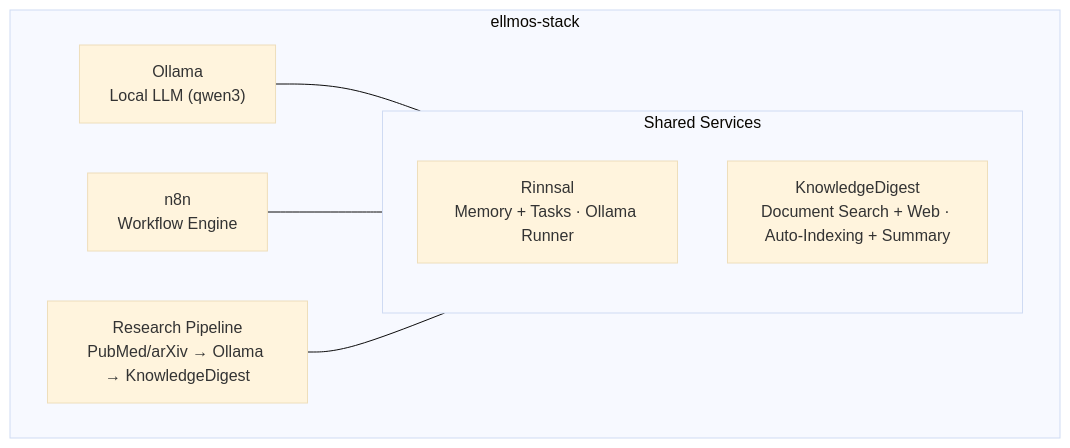
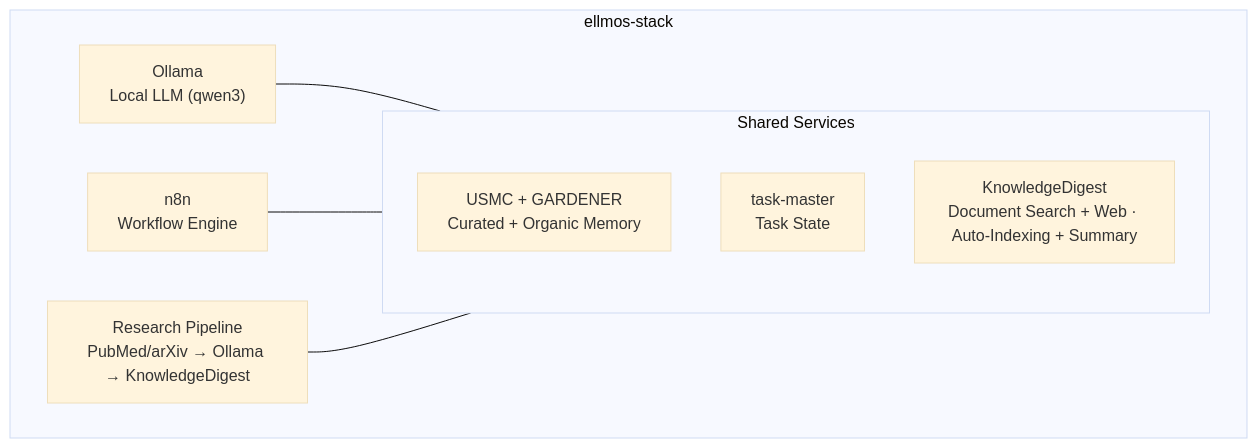
One commit to ellmos-ai/ellmos-stack changed the diagram in README.md. Above: the diagram before and after it, drawn with Mermaid (base theme). The commit also changed other lines of this file and 15 other files, not shown here.

Commit message:
feat: separate stack memory and task modules

````diff
--- a/README.md
+++ b/README.md
@@ -42,15 +42,16 @@
 ```mermaid
 flowchart TD
   subgraph STACK["ellmos-stack"]
     OLLAMA["Ollama<br/>Local LLM (qwen3)"]
     N8N["n8n<br/>Workflow Engine"]
     RESEARCH["Research Pipeline<br/>PubMed/arXiv → Ollama → KnowledgeDigest"]
     subgraph SHARED["Shared Services"]
-      RIN["Rinnsal<br/>Memory + Tasks · Ollama Runner"]
+      MEMORY["USMC + GARDENER<br/>Curated + Organic Memory"]
+      TASKS["task-master<br/>Task State"]
       KD["KnowledgeDigest<br/>Document Search + Web · Auto-Indexing + Summary"]
     end
   end
   OLLAMA --- SHARED
   N8N --- SHARED
   RESEARCH --- SHARED
 ```
````
